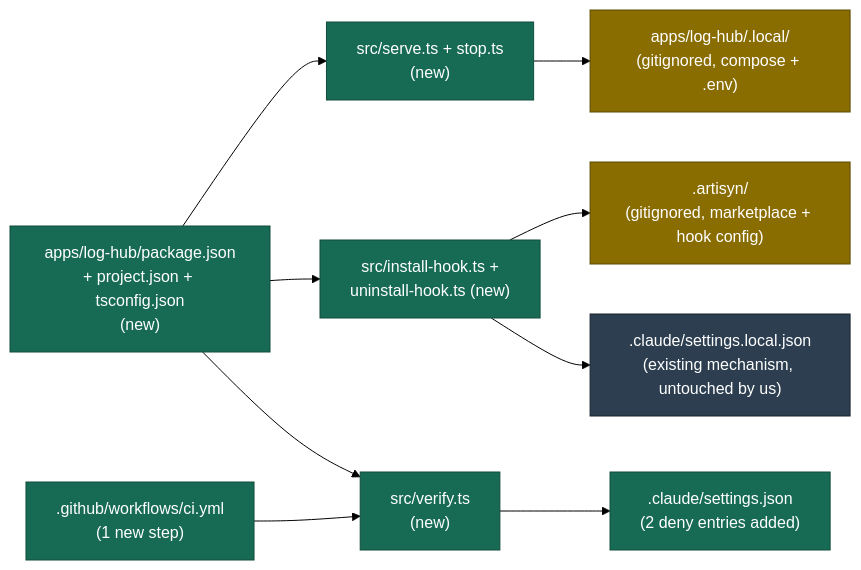
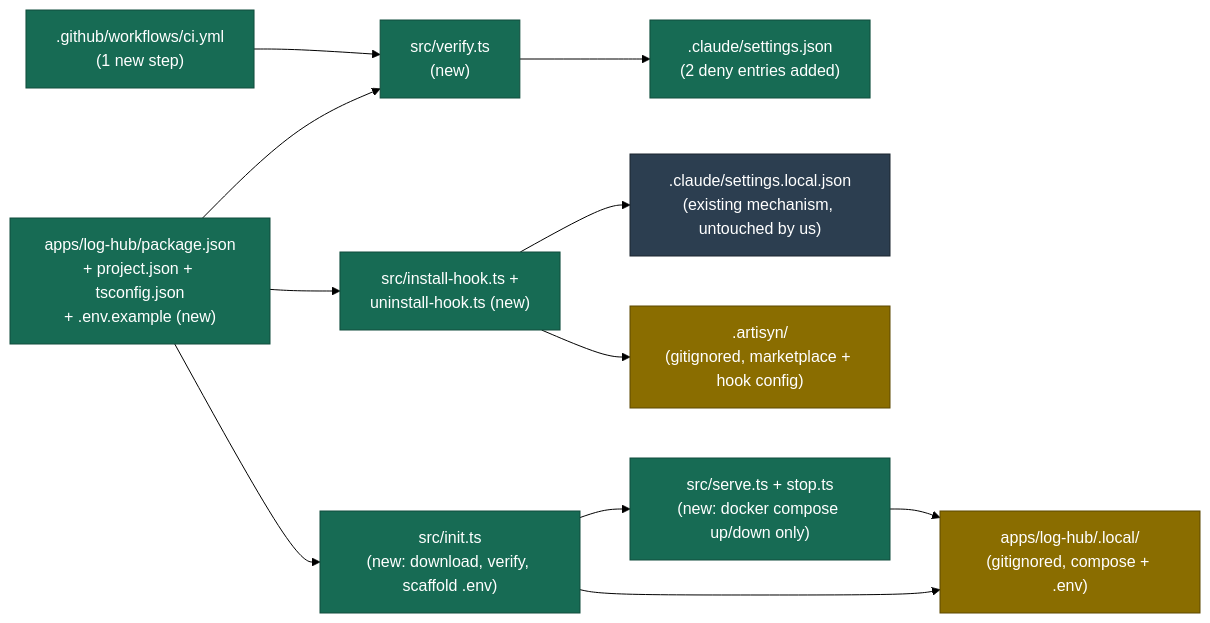
Before and after one commit to DataArt/artisyn-implementation-harness: the diagram in docs/Stories/[DEV-20261115-BM9L] Log Hub Session Telemetry Integration/impl/1-plan.md, drawn with Mermaid (forest theme). The commit also changed other lines of this file and 2 other files, not shown here.

Commit message:
docs(dev-20261115-bm9l): add implementation plan for log-hub integration

````diff
--- a/docs/Stories/[DEV-20261115-BM9L] Log Hub Session Telemetry Integration/impl/1-plan.md
+++ b/docs/Stories/[DEV-20261115-BM9L] Log Hub Session Telemetry Integration/impl/1-plan.md
@@ -27,22 +28,25 @@
 ```mermaid
 flowchart LR
     classDef changed fill:#176B54,stroke:#104D3C,color:#fff
     classDef existing fill:#2C3E50,stroke:#1A252F,color:#fff
     classDef ignored fill:#8A6D00,stroke:#5C4800,color:#fff
 
-    PJ["apps/log-hub/package.json\n+ project.json + tsconfig.json\n(new)"]:::changed
-    SERVE["src/serve.ts + stop.ts\n(new)"]:::changed
+    PJ["apps/log-hub/package.json\n+ project.json + tsconfig.json\n+ .env.example (new)"]:::changed
+    INIT["src/init.ts\n(new: download, verify, scaffold .env)"]:::changed
+    SERVE["src/serve.ts + stop.ts\n(new: docker compose up/down only)"]:::changed
     HOOK["src/install-hook.ts +\nuninstall-hook.ts (new)"]:::changed
     VERIFY["src/verify.ts\n(new)"]:::changed
     SETTINGS[".claude/settings.json\n(2 deny entries added)"]:::changed
     CI[".github/workflows/ci.yml\n(1 new step)"]:::changed
     SERVELOCAL["apps/log-hub/.local/\n(gitignored, compose + .env)"]:::ignored
     HOOKLOCAL[".artisyn/\n(gitignored, marketplace + hook config)"]:::ignored
     EXISTING[".claude/settings.local.json\n(existing mechanism, untouched by us)"]:::existing
 
-    PJ --> SERVE --> SERVELOCAL
+    PJ --> INIT --> SERVELOCAL
+    INIT --> SERVE
+    SERVE --> SERVELOCAL
     PJ --> HOOK --> HOOKLOCAL
     HOOK --> EXISTING
     PJ --> VERIFY --> SETTINGS
     CI --> VERIFY
 ```
````
